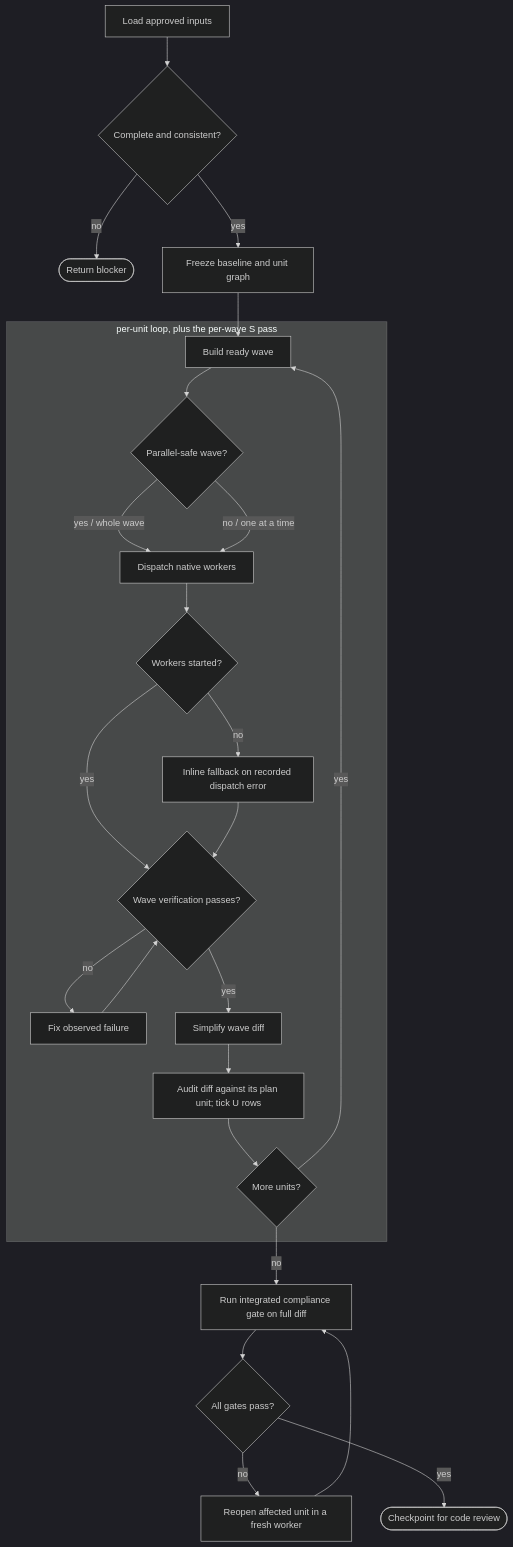
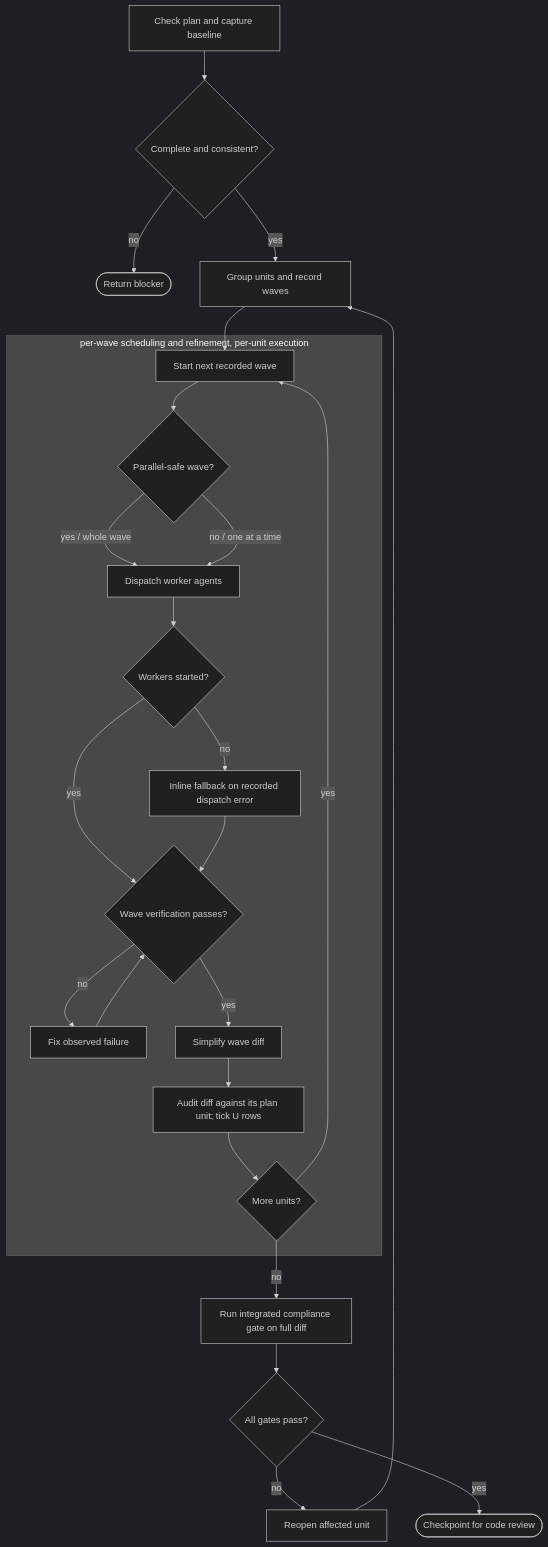
One commit to waynejing995/wayne-taste changed the diagram in wayne-work/SKILL.md. Above: the diagram before and after it, drawn with Mermaid (dark theme). The commit also changed other lines of this file and 13 other files, not shown here.

````diff
--- a/wayne-work/SKILL.md
+++ b/wayne-work/SKILL.md
@@ -18,48 +20,48 @@
 ```mermaid
 flowchart TB
-    A["Load approved inputs"]
+    A["Check plan and capture baseline"]
     B{"Complete and consistent?"}
     X(["Return blocker"])
-    C["Freeze baseline and unit graph"]
+    C["Group units and record waves"]
 
-    subgraph cluster_unit["per-unit loop, plus the per-wave S pass"]
-        D["Build ready wave"]
+    subgraph cluster_unit["per-wave scheduling and refinement, per-unit execution"]
+        D["Start next recorded wave"]
         E{"Parallel-safe wave?"}
-        R["Dispatch native workers"]
+        R["Dispatch worker agents"]
         P{"Workers started?"}
         F["Inline fallback on recorded dispatch error"]
         G{"Wave verification passes?"}
         T["Fix observed failure"]
         S["Simplify wave diff"]
         H["Audit diff against its plan unit; tick U rows"]
         I{"More units?"}
     end
 
     J["Run integrated compliance gate on full diff"]
     K{"All gates pass?"}
-    M["Reopen affected unit in a fresh worker"]
+    M["Reopen affected unit"]
     L(["Checkpoint for code review"])
 
     A --> B
     B -->|"no"| X
     B -->|"yes"| C
     C --> D
     D --> E
     E -->|"yes / whole wave"| R
     E -->|"no / one at a time"| R
     R --> P
     P -->|"yes"| G
     P -->|"no"| F
     F --> G
     G -->|"no"| T
     T --> G
     G -->|"yes"| S
     S --> H
     H --> I
     I -->|"yes"| D
     I -->|"no"| J
     J --> K
     K -->|"no"| M
-    M --> J
+    M --> C
     K -->|"yes"| L
 ```
````
